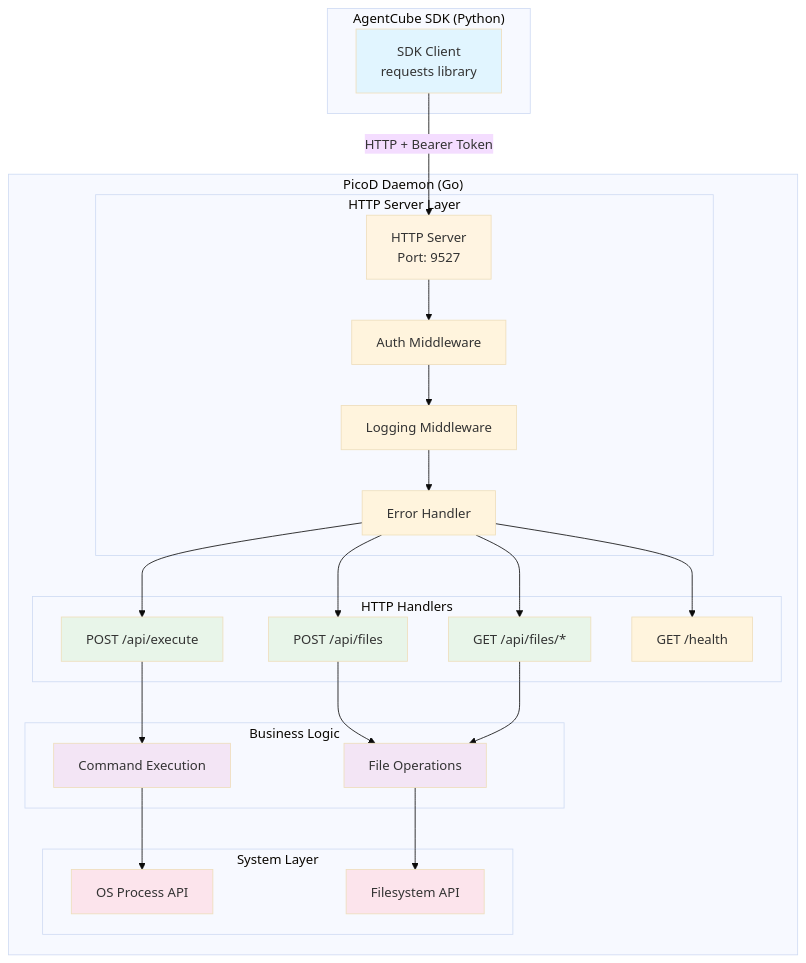
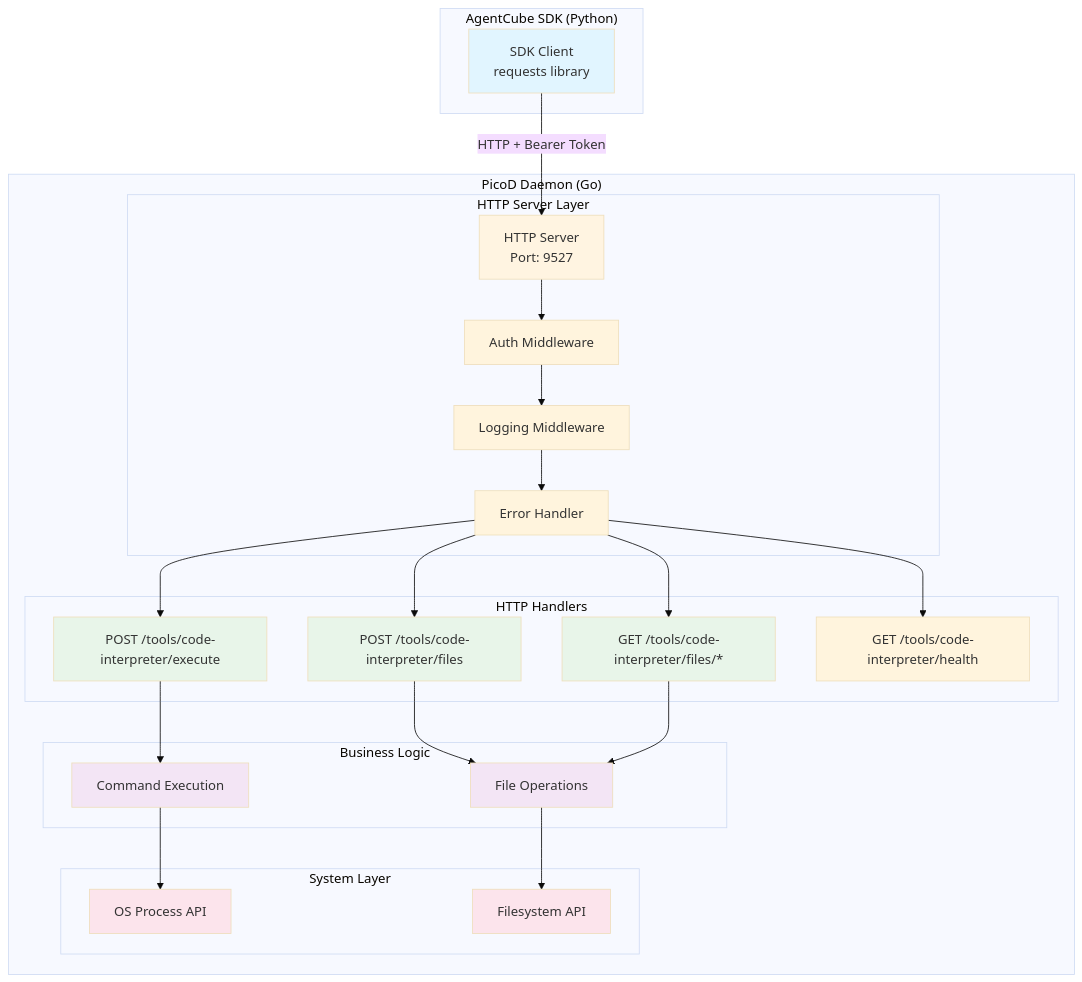
The first of 4 diagrams in docs/design/PicoD-Design.md (VanderChen/agentcube), drawn with Mermaid (base theme) before and after one commit. The commit also changed other lines of this file, not shown here.

Commit message:
Standardize API.

````diff
--- a/docs/design/PicoD-Design.md
+++ b/docs/design/PicoD-Design.md
@@ -125,57 +125,57 @@
 ```mermaid
 graph TB
     subgraph Client["AgentCube SDK (Python)"]
         SDK[SDK Client<br/>requests library]
     end
     
     subgraph PicoD["PicoD Daemon (Go)"]
         subgraph Server["HTTP Server Layer"]
             HTTPServer[HTTP Server<br/>Port: 9527]
             AuthMiddleware[Auth Middleware]
             LogMiddleware[Logging Middleware]
             ErrorMiddleware[Error Handler]
         end
         
         subgraph Handlers["HTTP Handlers"]
-            ExecuteHandler[POST /api/execute]
-            UploadHandler[POST /api/files]
-            DownloadHandler[GET /api/files/*]
-            HealthHandler[GET /health]
+            ExecuteHandler[POST /tools/code-interpreter/execute]
+            UploadHandler[POST /tools/code-interpreter/files]
+            DownloadHandler[GET /tools/code-interpreter/files/*]
+            HealthHandler[GET /tools/code-interpreter/health]
         end
         
         subgraph Logic["Business Logic"]
             FileOps[File Operations]
             CmdExec[Command Execution]
         end
         
         subgraph System["System Layer"]
             OSProcess[OS Process API]
             Filesystem[Filesystem API]
         end
     end
     
     SDK -->|HTTP + Bearer Token| HTTPServer
     HTTPServer --> AuthMiddleware
     AuthMiddleware --> LogMiddleware
     LogMiddleware --> ErrorMiddleware
     ErrorMiddleware --> ExecuteHandler
     ErrorMiddleware --> UploadHandler
     ErrorMiddleware --> DownloadHandler
     ErrorMiddleware --> HealthHandler
     ExecuteHandler --> CmdExec
     UploadHandler --> FileOps
     DownloadHandler --> FileOps
     FileOps --> Filesystem
     CmdExec --> OSProcess
     
     style SDK fill:#e1f5ff
     style HTTPServer fill:#fff4e1
     style ExecuteHandler fill:#e8f5e9
     style UploadHandler fill:#e8f5e9
     style DownloadHandler fill:#e8f5e9
     style FileOps fill:#f3e5f5
     style CmdExec fill:#f3e5f5
     style OSProcess fill:#fce4ec
     style Filesystem fill:#fce4ec
 
 ```
````
